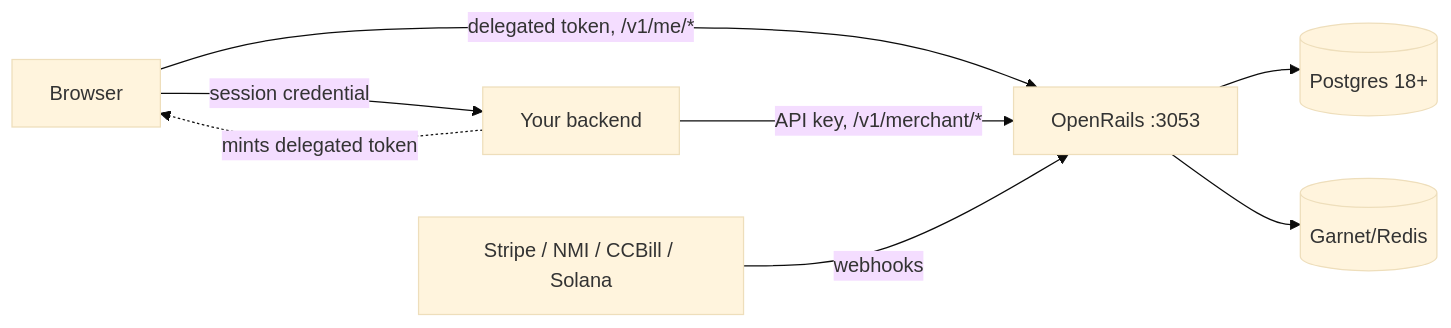
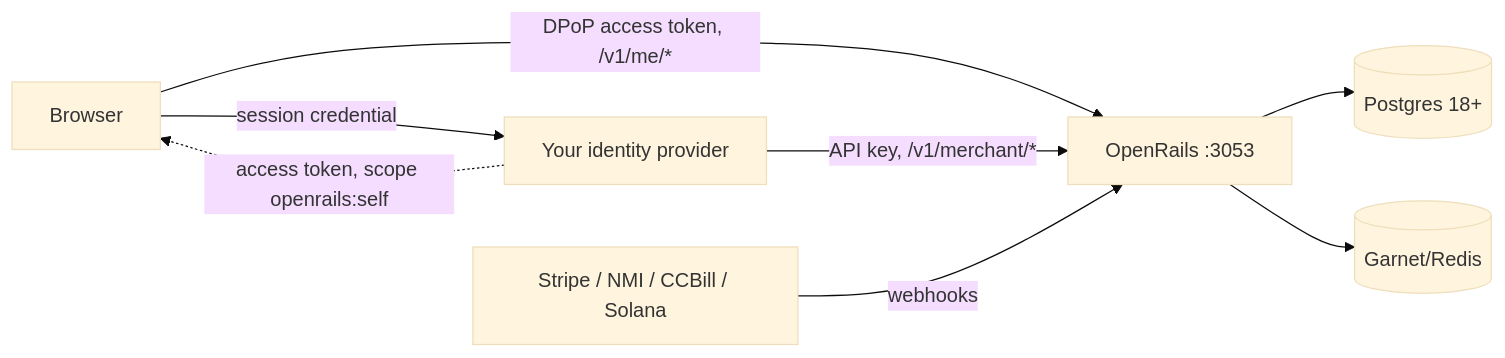
One commit to open-rails/openrails changed the diagram in docs/standalone-integration.md. Above: the diagram before and after it, drawn with Mermaid (base theme). The commit also changed other lines of this file and 44 other files, not shown here.

````diff
--- a/docs/standalone-integration.md
+++ b/docs/standalone-integration.md
@@ -11,10 +11,10 @@
 ```mermaid
 flowchart LR
-    B[Browser] -- session credential --> H[Your backend]
-    H -. mints delegated token .-> B
-    B -- delegated token, /v1/me/* --> OR[OpenRails :3053]
+    B[Browser] -- session credential --> H[Your identity provider]
+    H -. access token, scope openrails:self .-> B
+    B -- DPoP access token, /v1/me/* --> OR[OpenRails :3053]
     H -- API key, /v1/merchant/* --> OR
     OR --> PG[(Postgres 18+)]
     OR --> RD[(Garnet/Redis)]
     R[Stripe / NMI / CCBill / Solana] -- webhooks --> OR
 ```
````
